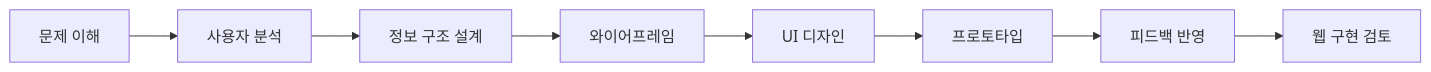
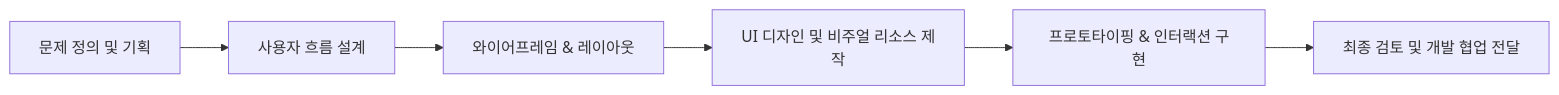
One commit to sormadbwls-ux/sormadbwls-ux changed the first of 2 diagrams in README.md. Above: the diagram before and after it, drawn with Mermaid. The commit also changed other lines of this file, not shown here.

````diff
--- a/README.md
+++ b/README.md
@@ -66,10 +52,8 @@
 ```mermaid
 flowchart LR
-    A[문제 이해] --> B[사용자 분석]
-    B --> C[정보 구조 설계]
-    C --> D[와이어프레임]
-    D --> E[UI 디자인]
-    E --> F[프로토타입]
-    F --> G[피드백 반영]
-    G --> H[웹 구현 검토]
+    A[문제 정의 및 기획] --> B[사용자 흐름 설계]
+    B --> C[와이어프레임 & 레이아웃]
+    C --> D[UI 디자인 및 비주얼 리소스 제작]
+    D --> E[프로토타이핑 & 인터랙션 구현]
+    E --> F[최종 검토 및 개발 협업 전달]
 ```
````
